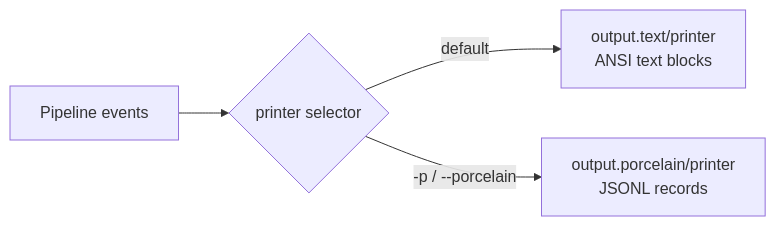
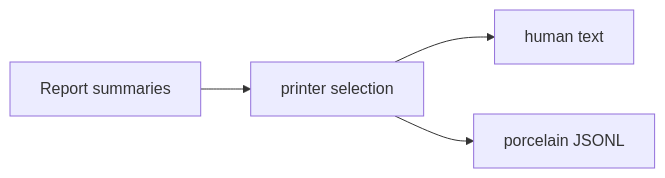
The diagram in skeptic/docs/walkthrough/11-user-facing-surfaces.md (nomicflux/skeptic), drawn with Mermaid before and after one commit. The commit also changed other lines of this file and 12 other files, not shown here.

````diff
--- a/skeptic/docs/walkthrough/11-user-facing-surfaces.md
+++ b/skeptic/docs/walkthrough/11-user-facing-surfaces.md
@@ -84,7 +32,6 @@
 ```mermaid
 flowchart LR
-  pipe[Pipeline events]
-  pipe --> sel{printer selector}
-  sel -->|default| txt[output.text/printer<br/>ANSI text blocks]
-  sel -->|-p / --porcelain| jsl[output.porcelain/printer<br/>JSONL records]
+  reports[Report summaries] --> select[printer selection]
+  select --> text[human text]
+  select --> json[porcelain JSONL]
 ```
````
